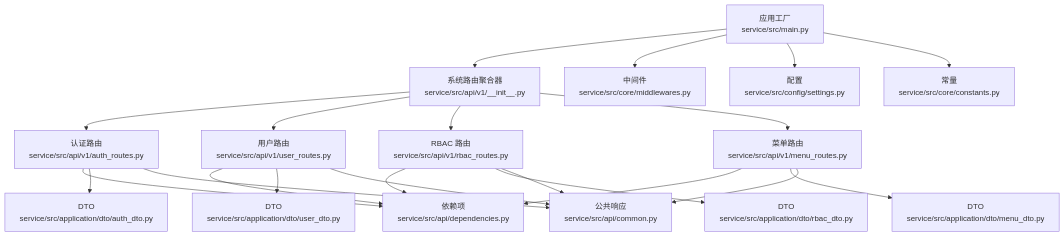
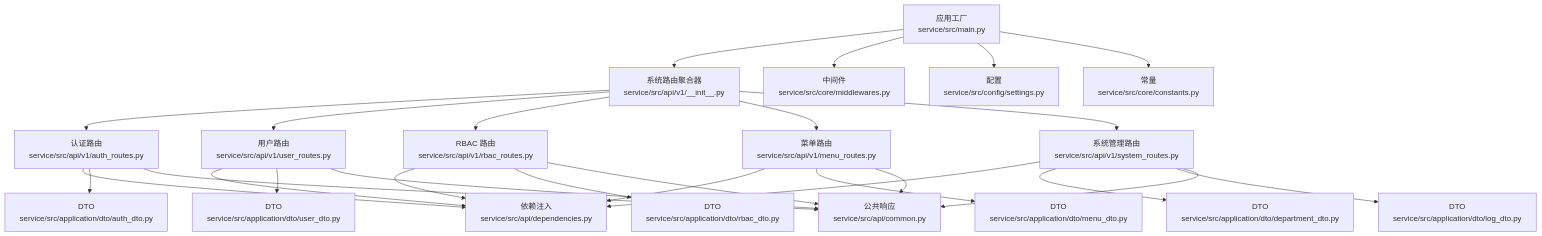
One commit to taoweidong/Hello-FastApi changed the first of 9 diagrams in .qoder/repowiki/zh/content/后端架构设计/DDD 分层架构详解/表现层（API Routes）.md. Above: the diagram before and after it, drawn with Mermaid. The commit also changed other lines of this file and 18 other files, not shown here.

````diff
--- a/.qoder/repowiki/zh/content/后端架构设计/DDD 分层架构详解/表现层（API Routes）.md
+++ b/.qoder/repowiki/zh/content/后端架构设计/DDD 分层架构详解/表现层（API Routes）.md
@@ -50,23 +61,28 @@
 ```mermaid
 graph TB
 A["应用工厂<br/>service/src/main.py"] --> B["系统路由聚合器<br/>service/src/api/v1/__init__.py"]
 B --> C["认证路由<br/>service/src/api/v1/auth_routes.py"]
 B --> D["用户路由<br/>service/src/api/v1/user_routes.py"]
 B --> E["RBAC 路由<br/>service/src/api/v1/rbac_routes.py"]
 B --> F["菜单路由<br/>service/src/api/v1/menu_routes.py"]
-A --> G["中间件<br/>service/src/core/middlewares.py"]
-A --> H["配置<br/>service/src/config/settings.py"]
-A --> I["常量<br/>service/src/core/constants.py"]
-C --> J["依赖项<br/>service/src/api/dependencies.py"]
-D --> J
-E --> J
-F --> J
-C --> K["DTO<br/>service/src/application/dto/auth_dto.py"]
-D --> L["DTO<br/>service/src/application/dto/user_dto.py"]
-E --> M["DTO<br/>service/src/application/dto/rbac_dto.py"]
-F --> N["DTO<br/>service/src/application/dto/menu_dto.py"]
-C --> O["公共响应<br/>service/src/api/common.py"]
-D --> O
-E --> O
-F --> O
+B --> G["系统管理路由<br/>service/src/api/v1/system_routes.py"]
+A --> H["中间件<br/>service/src/core/middlewares.py"]
+A --> I["配置<br/>service/src/config/settings.py"]
+A --> J["常量<br/>service/src/core/constants.py"]
+C --> K["依赖注入<br/>service/src/api/dependencies.py"]
+D --> K
+E --> K
+F --> K
+G --> K
+C --> L["DTO<br/>service/src/application/dto/auth_dto.py"]
+D --> M["DTO<br/>service/src/application/dto/user_dto.py"]
+E --> N["DTO<br/>service/src/application/dto/rbac_dto.py"]
+F --> O["DTO<br/>service/src/application/dto/menu_dto.py"]
+G --> P["DTO<br/>service/src/application/dto/department_dto.py"]
+G --> Q["DTO<br/>service/src/application/dto/log_dto.py"]
+C --> R["公共响应<br/>service/src/api/common.py"]
+D --> R
+E --> R
+F --> R
+G --> R
 ```
````
